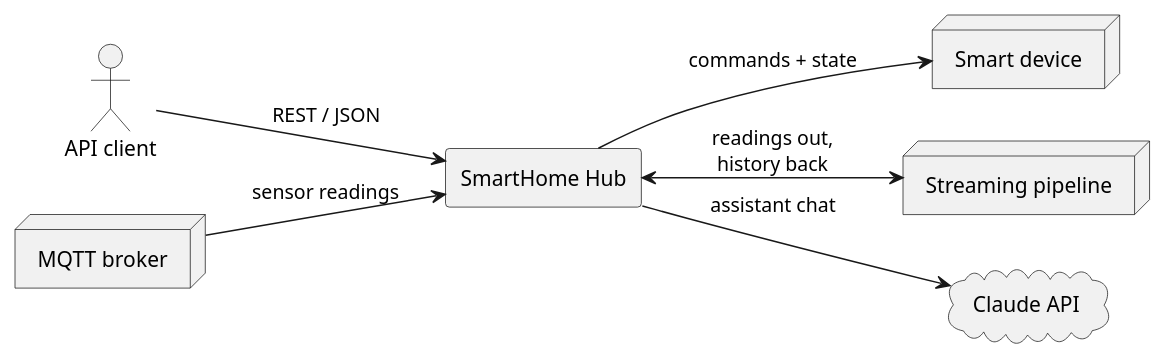
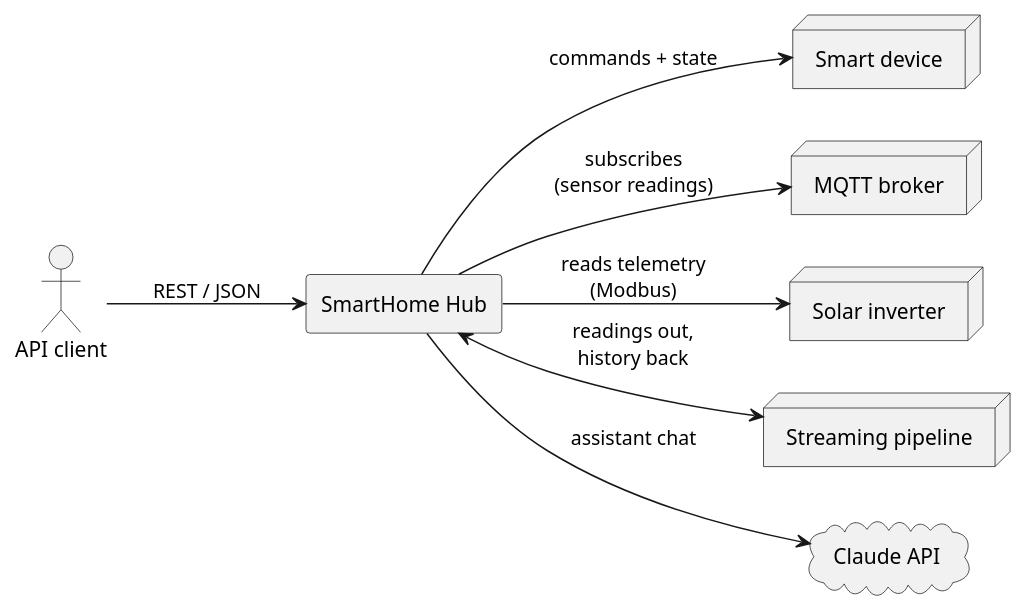
The diagram in docs/modules/ROOT/pages/03-context-and-scope.adoc (FelixGeisler/SmartHome), drawn with PlantUML before and after one commit. The commit also changed other lines of this file and 2 other files, not shown here.

Commit message:
#54 Add the Solakon inverter to the arc42 context, building-block, and deployment views and simplify their diagrams.

```diff
--- a/docs/modules/ROOT/pages/03-context-and-scope.adoc
+++ b/docs/modules/ROOT/pages/03-context-and-scope.adoc
@@ -5,17 +5,19 @@
 [plantuml,context-diagram,svg]
 ----
 @startuml
 left to right direction
 actor "API client" as client
 rectangle "SmartHome Hub" as hub
 node "Smart device" as device
 node "MQTT broker" as broker
+node "Solar inverter" as inverter
 node "Streaming pipeline" as pipeline
 cloud "Claude API" as claude
 client --> hub : REST / JSON
 hub --> device : commands + state
-broker --> hub : sensor readings
+hub --> broker : subscribes\n(sensor readings)
+hub --> inverter : reads telemetry\n(Modbus)
 hub <--> pipeline : readings out,\nhistory back
 hub --> claude : assistant chat
 @enduml
 ----
```
